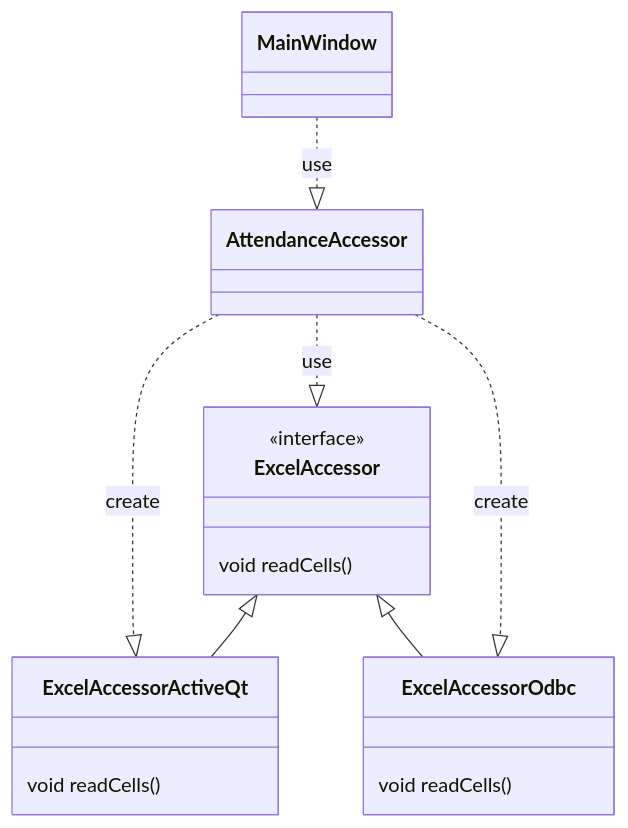
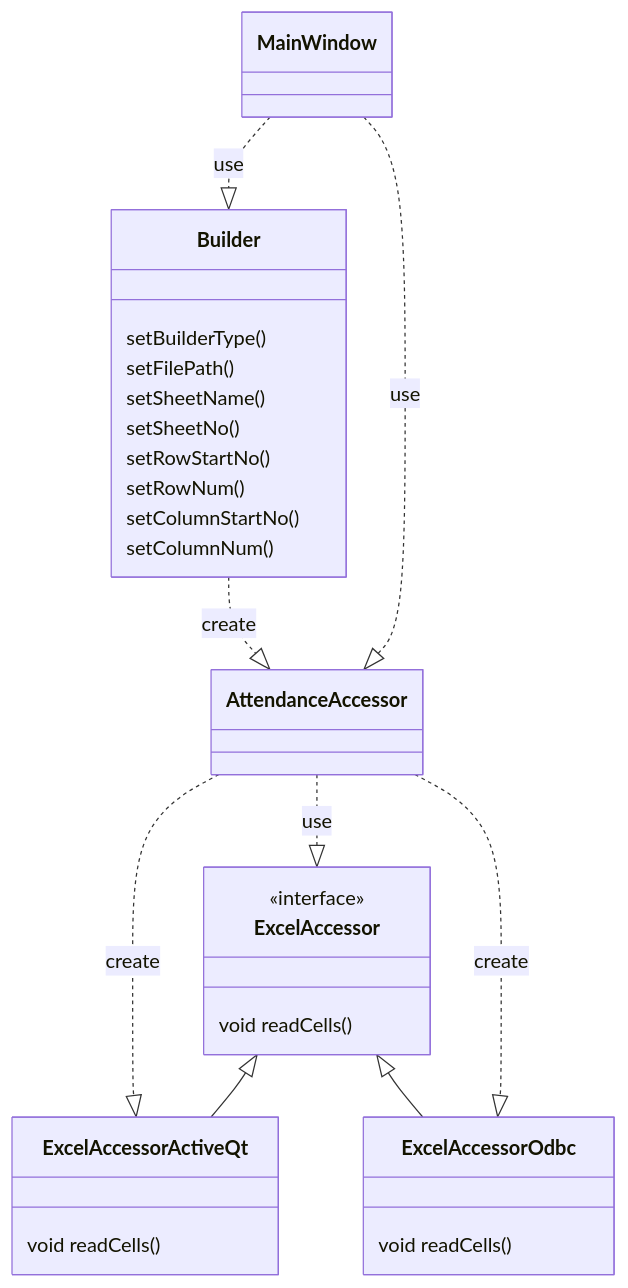
The diagram in Qt/EARC/doc/AttendanceAccessor.md (argama147/zetprogratv), drawn with Mermaid before and after one commit. The commit also changed other lines of this file, not shown here.

Commit message:
第３段階：Builderパターン適用

````diff
--- a/Qt/EARC/doc/AttendanceAccessor.md
+++ b/Qt/EARC/doc/AttendanceAccessor.md
@@ -2,23 +2,35 @@
 ```mermaid
 classDiagram
     class MainWindow {
+    }
+    class Builder {
+        setBuilderType()
+        setFilePath()
+        setSheetName()
+        setSheetNo()
+        setRowStartNo()
+        setRowNum()
+        setColumnStartNo()
+        setColumnNum()
     }
     class AttendanceAccessor {
     }
     class ExcelAccessor {
         void readCells()
     }
     <<interface>> ExcelAccessor
     class ExcelAccessorActiveQt {
         void readCells()
     }
     class ExcelAccessorOdbc {
         void readCells()
     }
     ExcelAccessor <|-- ExcelAccessorActiveQt
     ExcelAccessor <|-- ExcelAccessorOdbc
+    MainWindow ..|> Builder : use
     MainWindow ..|> AttendanceAccessor : use
     AttendanceAccessor ..|> ExcelAccessorActiveQt : create
     AttendanceAccessor ..|> ExcelAccessor : use
     AttendanceAccessor ..|> ExcelAccessorOdbc : create
+    Builder ..|> AttendanceAccessor : create
 ```
````
